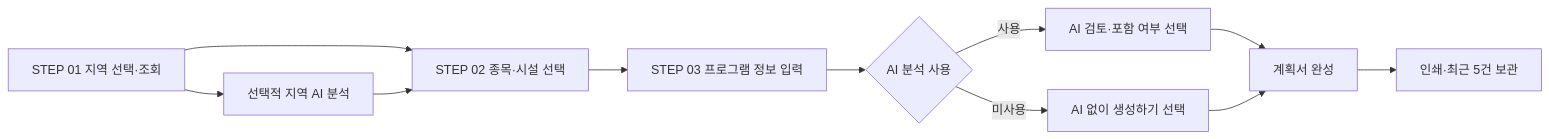
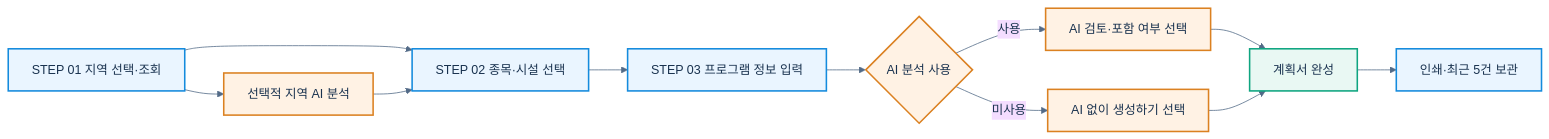
The second of 5 diagrams in README.md (encore-ai-campus/mlo-02-p1-team1), drawn with Mermaid before and after one commit. The commit also changed other lines of this file and 581 other files, not shown here.

````diff
--- a/README.md
+++ b/README.md
@@ -216,13 +245,21 @@
 ```mermaid
+%%{init: {'theme': 'base', 'themeVariables': {'fontFamily': 'sans-serif', 'fontSize': '16px', 'lineColor': '#526A87', 'primaryTextColor': '#19324F', 'background': '#F5F8FC'}}}%%
 flowchart LR
     A[STEP 01 지역 선택·조회] --> B[선택적 지역 AI 분석]
     A --> C[STEP 02 종목·시설 선택]
     B --> C
     C --> D[STEP 03 프로그램 정보 입력]
     D --> E{AI 분석 사용}
     E -->|사용| F[AI 검토·포함 여부 선택]
     E -->|미사용| G[AI 없이 생성하기 선택]
     F --> H[계획서 완성]
     G --> H
     H --> I[인쇄·최근 5건 보관]
+    classDef front fill:#EAF5FF,stroke:#148BDD,color:#19324F,stroke-width:2px
+    classDef backend fill:#E9F8F3,stroke:#0FA580,color:#19324F,stroke-width:2px
+    classDef data fill:#F2EDFF,stroke:#8562D9,color:#19324F,stroke-width:2px
+    classDef ai fill:#FFF2E4,stroke:#DB8121,color:#19324F,stroke-width:2px
+    class A,C,D,I front
+    class H backend
+    class B,E,F,G ai
 ```
````
